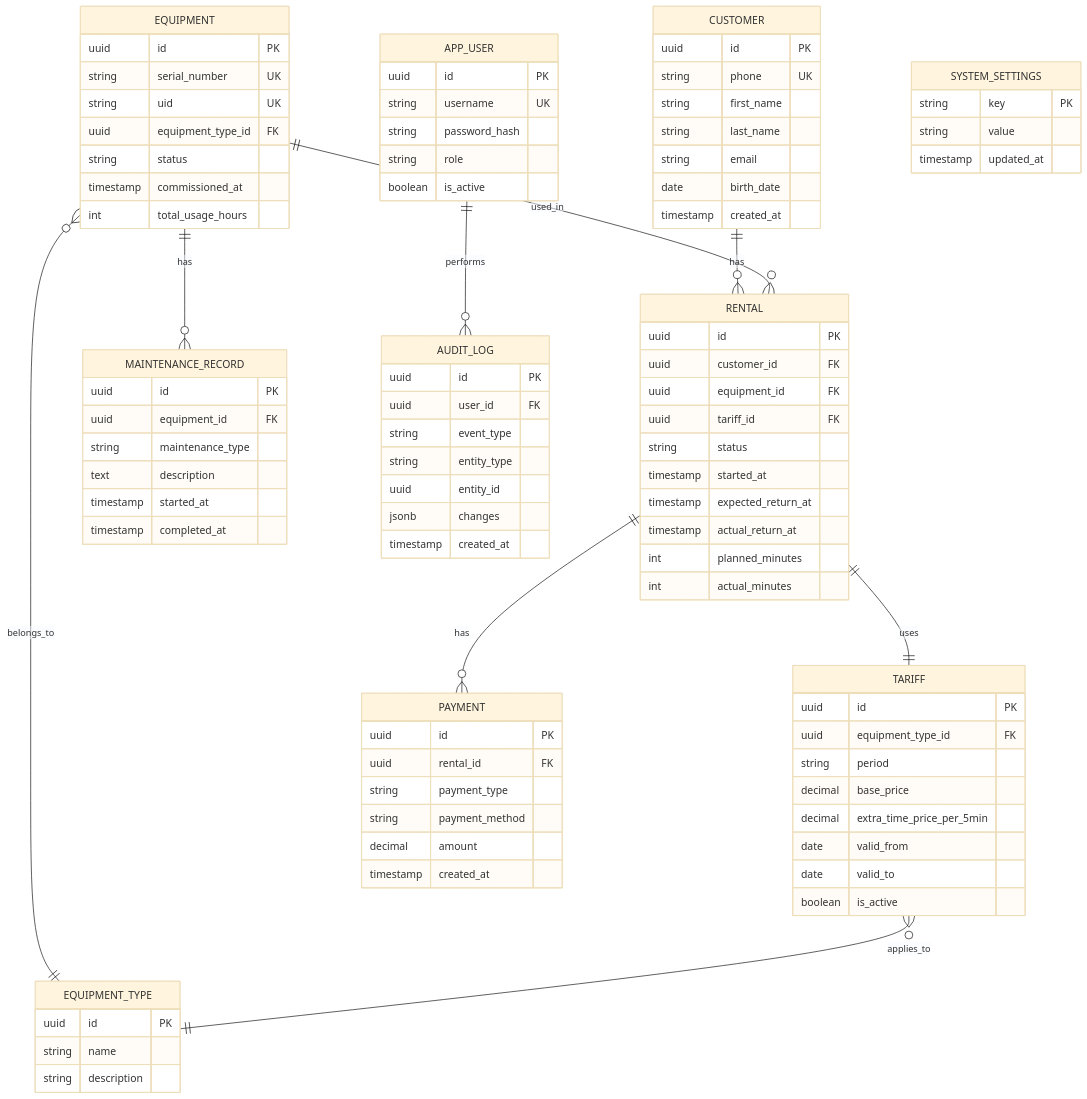
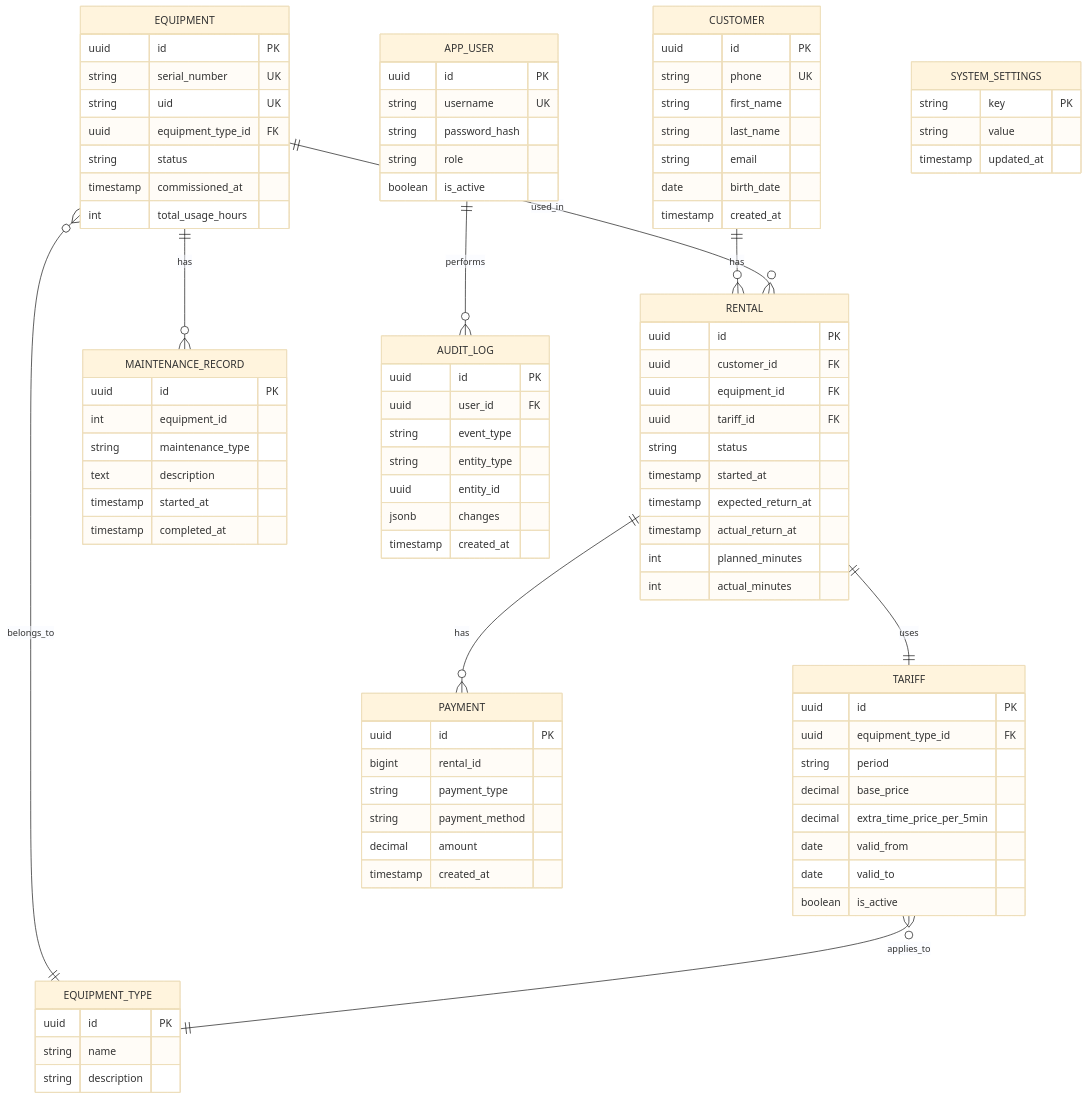
The fourth of 5 diagrams in docs/backend-architecture.md (JenkaBY/bike-rental), drawn with Mermaid (base theme) before and after one commit. The commit also changed other lines of this file and 75 other files, not shown here.

```diff
--- a/docs/backend-architecture.md
+++ b/docs/backend-architecture.md
@@ -413,7 +483,7 @@
 
     PAYMENT {
         uuid id PK
-        uuid rental_id FK
+      bigint rental_id
         string payment_type
         string payment_method
         decimal amount
@@ -422,7 +492,7 @@
 
     MAINTENANCE_RECORD {
         uuid id PK
-        uuid equipment_id FK
+      int equipment_id
         string maintenance_type
         text description
         timestamp started_at
```
